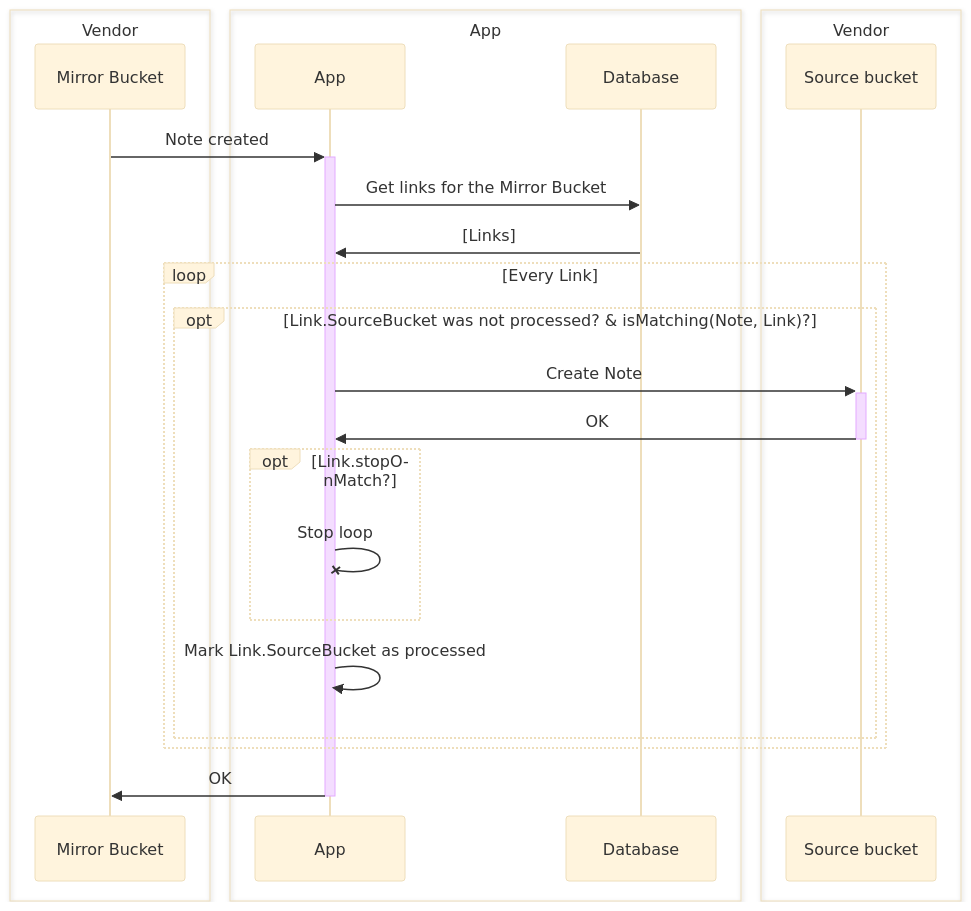
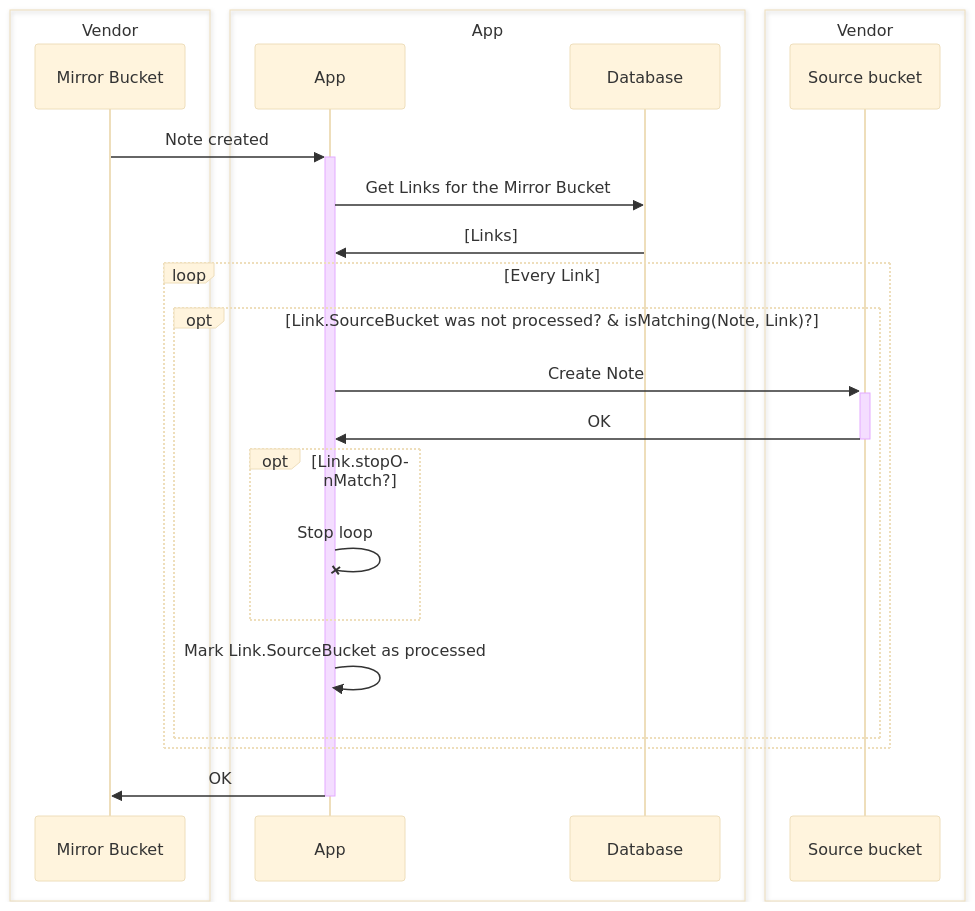
The first of 2 diagrams in server/docs/handle-mirror-note-created.md (vitaly-rudenko/mind-sweep), drawn with Mermaid (base theme) before and after one commit. The commit also changed 2 other files, not shown here.

Commit message:
Added diagram for syncing source notes

````diff
--- a/server/docs/handle-mirror-note-created.md
+++ b/server/docs/handle-mirror-note-created.md
@@ -5,35 +5,35 @@
 ```mermaid
 sequenceDiagram
 
 box Vendor
 participant mirror as Mirror Bucket
 end
 
 box App
 participant app as App
 participant db as Database
 end
 
 box Vendor
 participant source as Source bucket
 end
 
 mirror ->>+ app: Note created
-app ->> db: Get links for the Mirror Bucket
+app ->> db: Get Links for the Mirror Bucket
 db ->> app: [Links]
 
 loop Every Link
   opt Link.SourceBucket was not processed? & isMatching(Note, Link)?
     app ->>+ source: Create Note
     source ->>- app: OK
 
     opt Link.stopOnMatch?
       app -x app: Stop loop
     end
 
     app ->> app: Mark Link.SourceBucket as processed
   end
 end
 
 app ->>- mirror: OK
 ```
````
